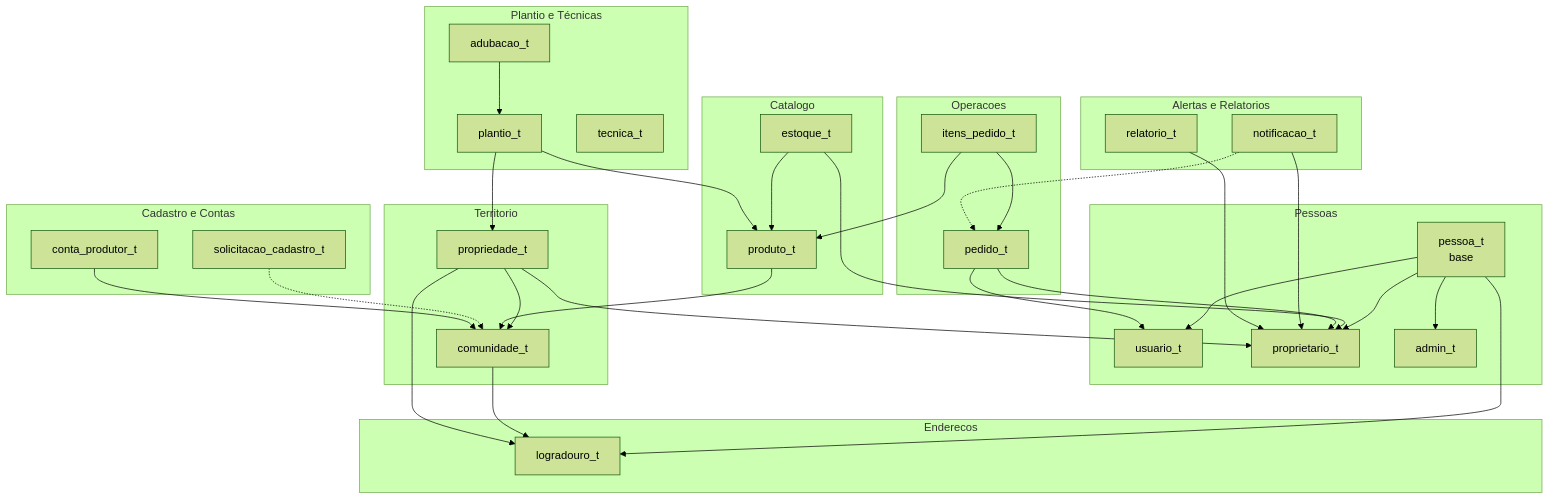
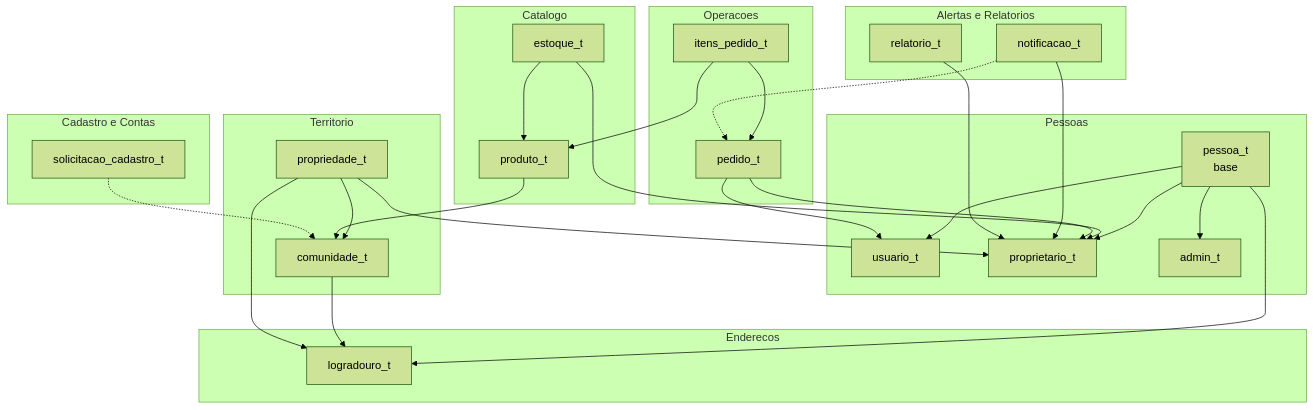
One commit to wellmor/SementeLivre changed the second of 2 diagrams in docs/modelo-dados/Modelo-Conceitual-Banco-Dados.md. Above: the diagram before and after it, drawn with Mermaid (forest theme). The commit also changed other lines of this file and 5 other files, not shown here.

Commit message:
docs: remover tabelas conta_produtor, plantio, adubacao e tecnica do modelo de dados

````diff
--- a/docs/modelo-dados/Modelo-Conceitual-Banco-Dados.md
+++ b/docs/modelo-dados/Modelo-Conceitual-Banco-Dados.md
@@ -984,73 +836,63 @@
 ```mermaid
 flowchart TB
     subgraph Enderecos["Enderecos"]
         LOG[logradouro_t]
     end
 
     subgraph Pessoas["Pessoas"]
         PESS[pessoa_t<br/>base]
         USU[usuario_t]
         PROP[proprietario_t]
         ADM[admin_t]
     end
 
     subgraph Territorio["Territorio"]
         COM[comunidade_t]
         PROPR[propriedade_t]
     end
 
     subgraph Catalogo["Catalogo"]
         PROD[produto_t]
         EST[estoque_t]
     end
 
     subgraph Operacoes["Operacoes"]
         PED[pedido_t]
         IT[itens_pedido_t]
     end
 
     subgraph Alertas["Alertas e Relatorios"]
         NOTI[notificacao_t]
         REL[relatorio_t]
     end
 
-    subgraph Plantio["Plantio e Técnicas"]
-        PL[plantio_t]
-        AD[adubacao_t]
-        TC[tecnica_t]
-    end
 
     subgraph Site["Cadastro e Contas"]
         SC[solicitacao_cadastro_t]
-        CP[conta_produtor_t]
     end
 
     PESS --> USU
     PESS --> PROP
     PESS --> ADM
     PESS --> LOG
 
     COM --> LOG
     PROPR --> LOG
     PROPR --> PROP
     PROPR --> COM
 
     PROD --> COM
     EST --> PROP
     EST --> PROD
 
     PED --> USU
     PED --> PROP
     IT --> PED
     IT --> PROD
 
     NOTI --> PROP
     NOTI -.-> PED
     REL --> PROP
 
-    PL --> PROPR
-    PL --> PROD
-    AD --> PL
     SC -.-> COM
-    CP --> COM
 ```
````
